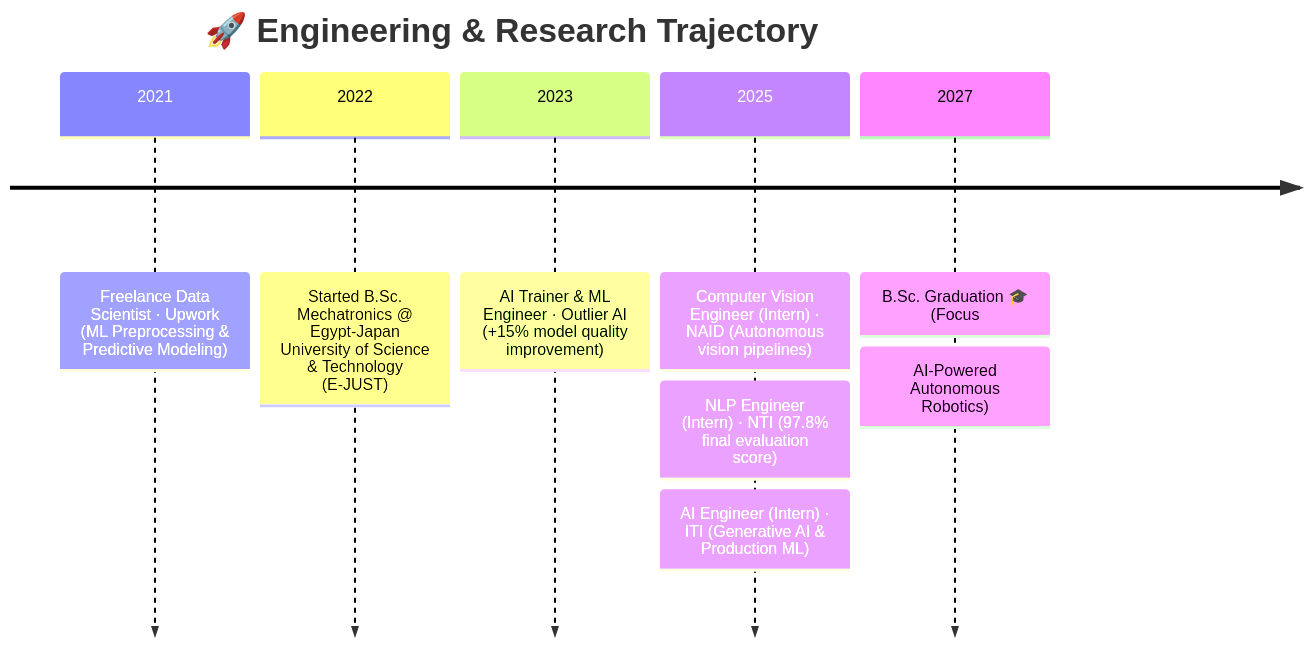
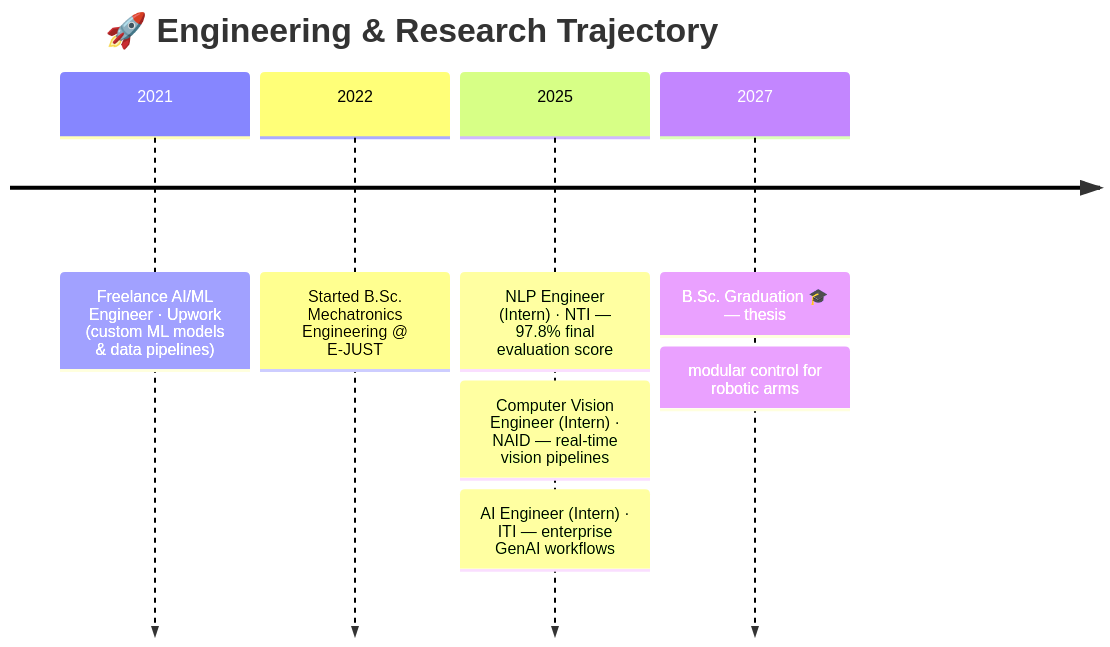
One commit to Alouakhalid/Alouakhalid changed the diagram in README.md. Above: the diagram before and after it, drawn with Mermaid. The commit also changed other lines of this file and 3 other files, not shown here.

````diff
--- a/README.md
+++ b/README.md
@@ -212,11 +232,10 @@
 ```mermaid
 timeline
     title 🚀 Engineering & Research Trajectory
-    2021 : Freelance Data Scientist · Upwork (ML Preprocessing & Predictive Modeling)
-    2022 : Started B.Sc. Mechatronics @ Egypt-Japan University of Science & Technology (E-JUST)
-    2023 : AI Trainer & ML Engineer · Outlier AI (+15% model quality improvement)
-    2025 : Computer Vision Engineer (Intern) · NAID (Autonomous vision pipelines)
-         : NLP Engineer (Intern) · NTI (97.8% final evaluation score)
-         : AI Engineer (Intern) · ITI (Generative AI & Production ML)
-    2027 : B.Sc. Graduation 🎓 (Focus: AI-Powered Autonomous Robotics)
+    2021 : Freelance AI/ML Engineer · Upwork (custom ML models & data pipelines)
+    2022 : Started B.Sc. Mechatronics Engineering @ E-JUST
+    2025 : NLP Engineer (Intern) · NTI — 97.8% final evaluation score
+         : Computer Vision Engineer (Intern) · NAID — real-time vision pipelines
+         : AI Engineer (Intern) · ITI — enterprise GenAI workflows
+    2027 : B.Sc. Graduation 🎓 — thesis: modular control for robotic arms
 ```
````
